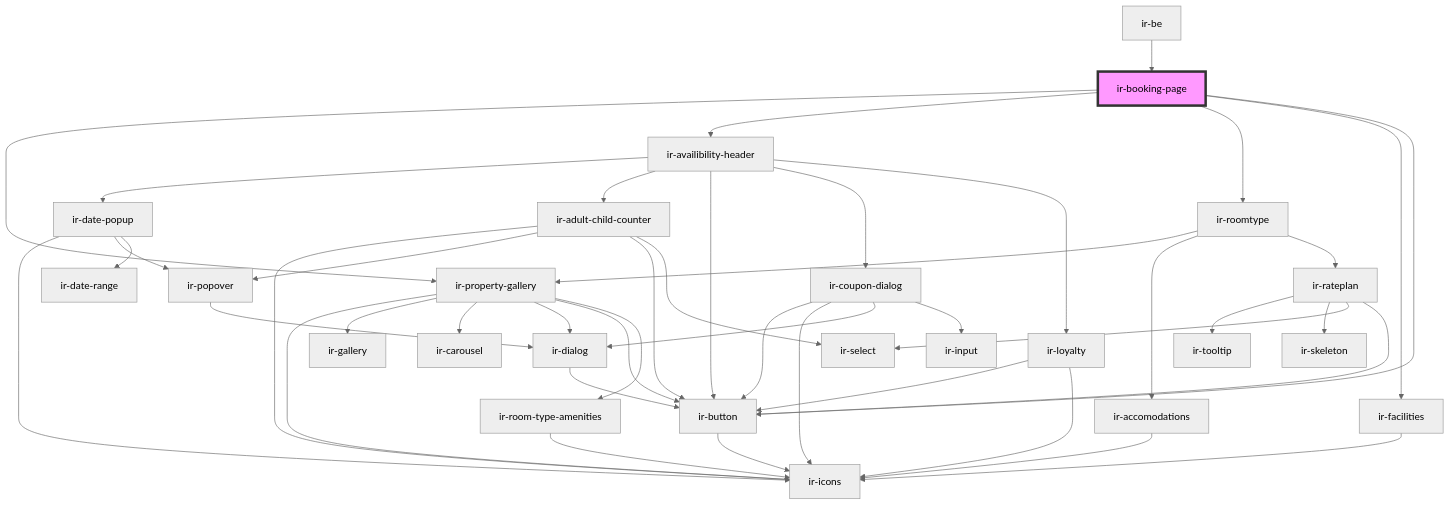
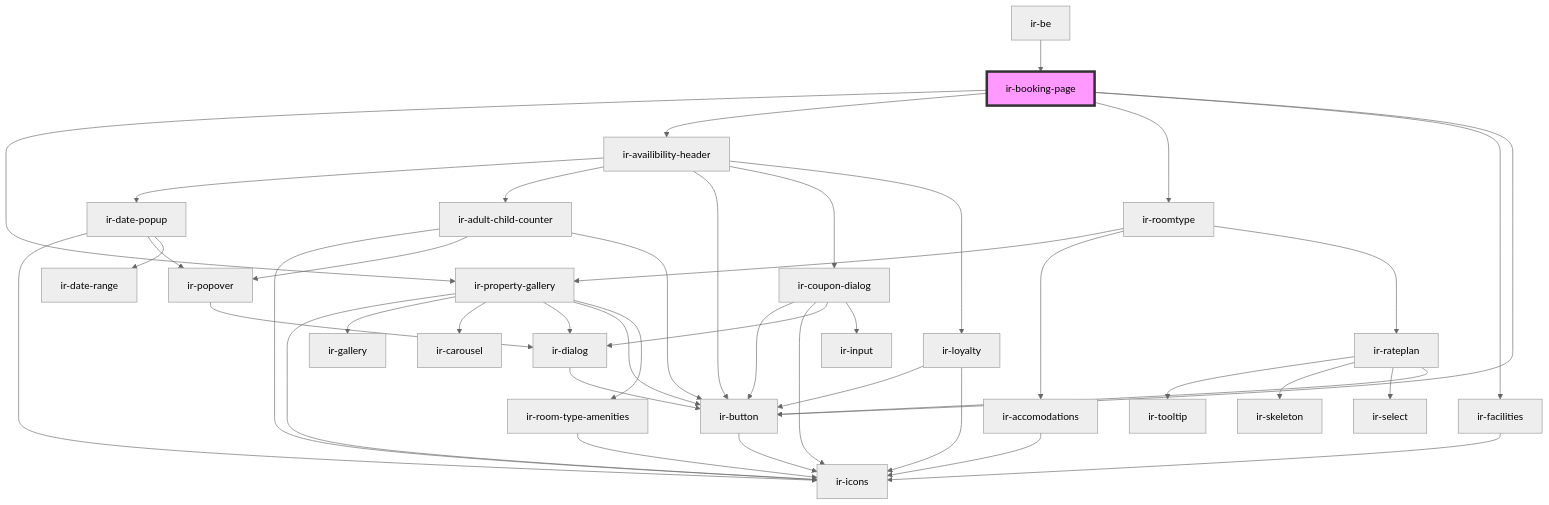
One commit to RonyRizk/ir-be changed the diagram in src/components/ir-booking-engine/ir-booking-page/readme.md. Above: the diagram before and after it, drawn with Mermaid (neutral theme). The commit also changed 22 other files, not shown here.

````diff
--- a/src/components/ir-booking-engine/ir-booking-page/readme.md
+++ b/src/components/ir-booking-engine/ir-booking-page/readme.md
@@ -41,47 +41,46 @@
 ```mermaid
 graph TD;
   ir-booking-page --> ir-property-gallery
   ir-booking-page --> ir-availibility-header
   ir-booking-page --> ir-roomtype
   ir-booking-page --> ir-facilities
   ir-booking-page --> ir-button
   ir-property-gallery --> ir-icons
   ir-property-gallery --> ir-gallery
   ir-property-gallery --> ir-carousel
   ir-property-gallery --> ir-dialog
   ir-property-gallery --> ir-button
   ir-property-gallery --> ir-room-type-amenities
   ir-dialog --> ir-button
   ir-button --> ir-icons
   ir-room-type-amenities --> ir-icons
   ir-availibility-header --> ir-date-popup
   ir-availibility-header --> ir-adult-child-counter
   ir-availibility-header --> ir-button
   ir-availibility-header --> ir-coupon-dialog
   ir-availibility-header --> ir-loyalty
   ir-date-popup --> ir-icons
   ir-date-popup --> ir-popover
   ir-date-popup --> ir-date-range
   ir-popover --> ir-dialog
   ir-adult-child-counter --> ir-icons
   ir-adult-child-counter --> ir-popover
   ir-adult-child-counter --> ir-button
-  ir-adult-child-counter --> ir-select
   ir-coupon-dialog --> ir-button
   ir-coupon-dialog --> ir-icons
   ir-coupon-dialog --> ir-dialog
   ir-coupon-dialog --> ir-input
   ir-loyalty --> ir-button
   ir-loyalty --> ir-icons
   ir-roomtype --> ir-property-gallery
   ir-roomtype --> ir-accomodations
   ir-roomtype --> ir-rateplan
   ir-accomodations --> ir-icons
   ir-rateplan --> ir-tooltip
   ir-rateplan --> ir-skeleton
   ir-rateplan --> ir-select
   ir-rateplan --> ir-button
   ir-facilities --> ir-icons
   ir-be --> ir-booking-page
   style ir-booking-page fill:#f9f,stroke:#333,stroke-width:4px
 ```
````
